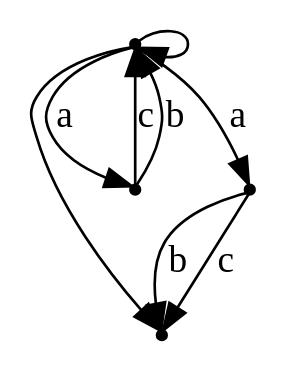
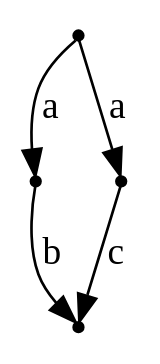
One commit to jangreen/rat changed the diagram in output/counterexample.dot. Above: the diagram before and after it, drawn with Graphviz. The commit also changed 7 other files, not shown here.

```diff
--- a/output/counterexample.dot
+++ b/output/counterexample.dot
@@ -1,10 +1,6 @@
 digraph { node[shape="point"]
 N0 -> N3[label = "a"];
-N3 -> N0[label = "c"];
-N3 -> N0[label = "b"];
-N0 -> N1[label = ""];
-N0 -> N0[label = ""];
+N3 -> N1[label = "b"];
 N0 -> N2[label = "a"];
-N2 -> N1[label = "b"];
 N2 -> N1[label = "c"];
 }
```
